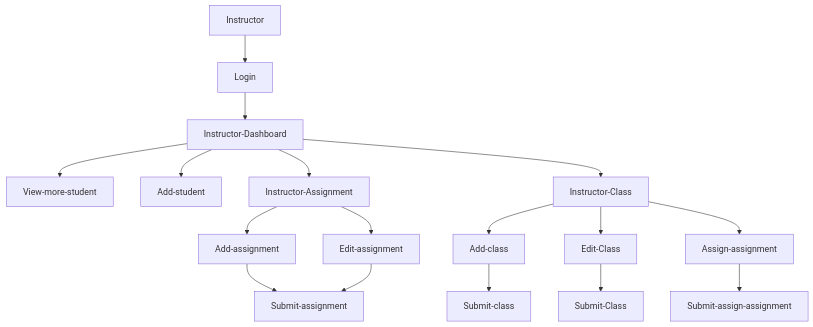
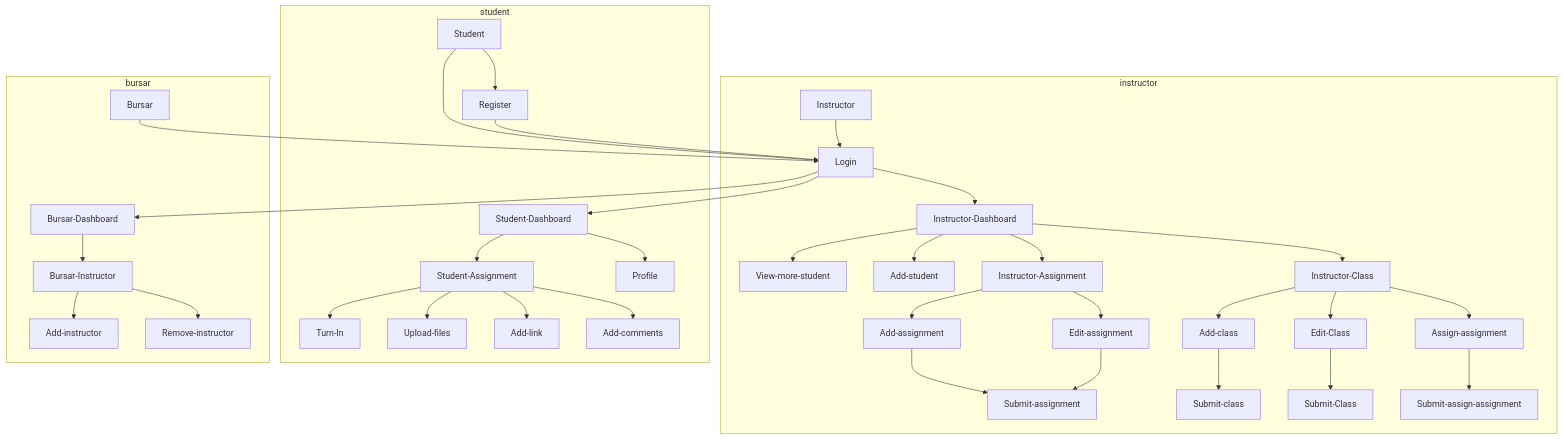
The diagram in README.md (methsaraperera/inc-resolver), drawn with Mermaid before and after one commit. The commit also changed other lines of this file, not shown here.

````diff
--- a/README.md
+++ b/README.md
@@ -52,13 +37,39 @@
 ```mermaid
-graph TD;
-    Instructor-->Login;
-    Login-->Instructor-Dashboard;
-    Instructor-Dashboard-->View-more-student;
-    Instructor-Dashboard-->Add-student;
-    Instructor-Dashboard-->Instructor-Assignment-->Add-assignment-->Submit-assignment;;
-    Instructor-Assignment-->Edit-assignment-->Submit-assignment;
-    Instructor-Dashboard-->Instructor-Class-->Add-class-->Submit-class;
-    Instructor-Class-->Edit-Class-->Submit-Class;
-    Instructor-Class-->Assign-assignment;
-    Assign-assignment-->Submit-assign-assignment;
+flowchart TB
+
+    subgraph instructor
+    Instructor-->Login
+    Login-->Instructor-Dashboard
+    Instructor-Dashboard-->View-more-student
+    Instructor-Dashboard-->Add-student
+    Instructor-Dashboard-->Instructor-Assignment-->Add-assignment-->Submit-assignment
+    Instructor-Assignment-->Edit-assignment-->Submit-assignment
+    Instructor-Dashboard-->Instructor-Class-->Add-class-->Submit-class
+    Instructor-Class-->Edit-Class-->Submit-Class
+    Instructor-Class-->Assign-assignment
+    Assign-assignment-->Submit-assign-assignment
+    end
+
+    subgraph student
+    Student-->Login
+    Student-->Register
+    Register-->Login;
+    Login-->Student-Dashboard
+    Student-Dashboard-->Student-Assignment
+    Student-Dashboard-->Profile
+    Student-Assignment-->Turn-In
+    Student-Assignment-->Upload-files
+    Student-Assignment-->Add-link
+    Student-Assignment-->Add-comments
+    end
+
+    
+    
+    subgraph bursar
+    Bursar-->Login;
+    Login-->Bursar-Dashboard;
+    Bursar-Dashboard-->Bursar-Instructor-->Add-instructor;
+    Bursar-Instructor-->Remove-instructor;
+    end
+
 ```
````
